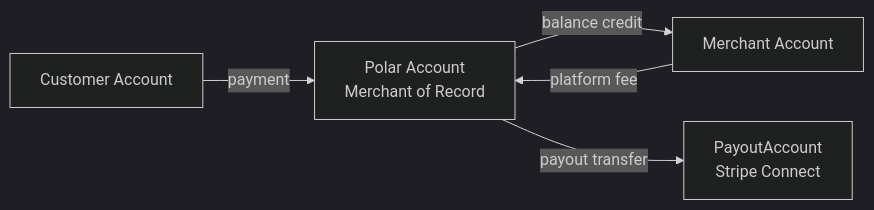
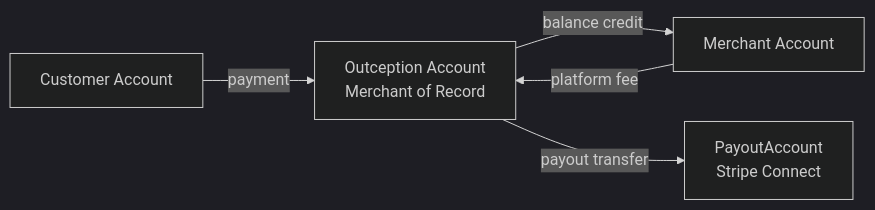
Before and after one commit to outception/outception: the third of 3 diagrams in handbook/engineering/backend-development/account-payout-account.mdx, drawn with Mermaid (dark theme). The commit also changed other lines of this file and 12 other files, not shown here.

````diff
--- a/handbook/engineering/backend-development/account-payout-account.mdx
+++ b/handbook/engineering/backend-development/account-payout-account.mdx
@@ -212,7 +212,7 @@
 ```mermaid
 flowchart LR
-    C[Customer Account] -->|payment| P[Polar Account\nMerchant of Record]
+    C[Customer Account] -->|payment| P[Outception Account\nMerchant of Record]
     P -->|balance credit| M[Merchant Account]
     M -->|platform fee| P
     P -->|payout transfer| PA[PayoutAccount\nStripe Connect]
 ```
````
